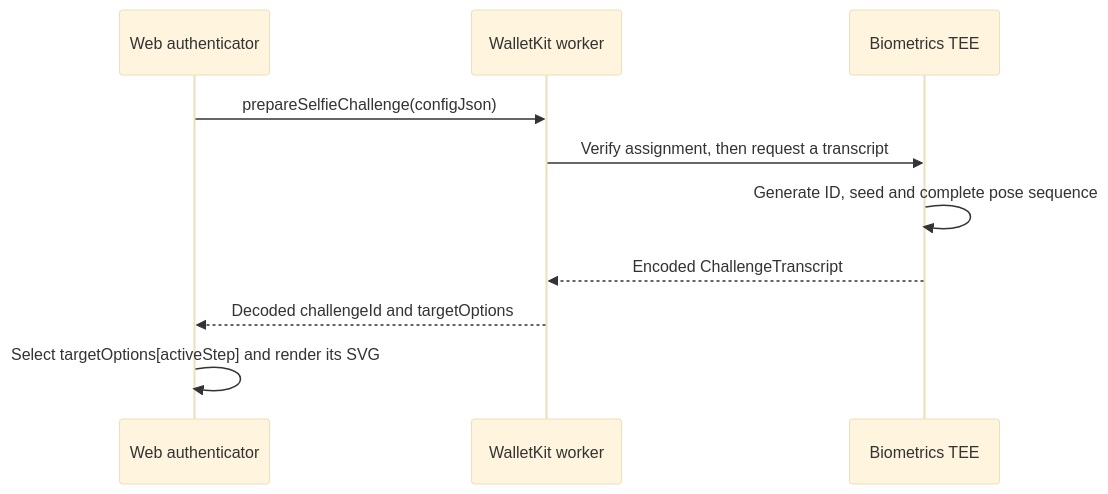
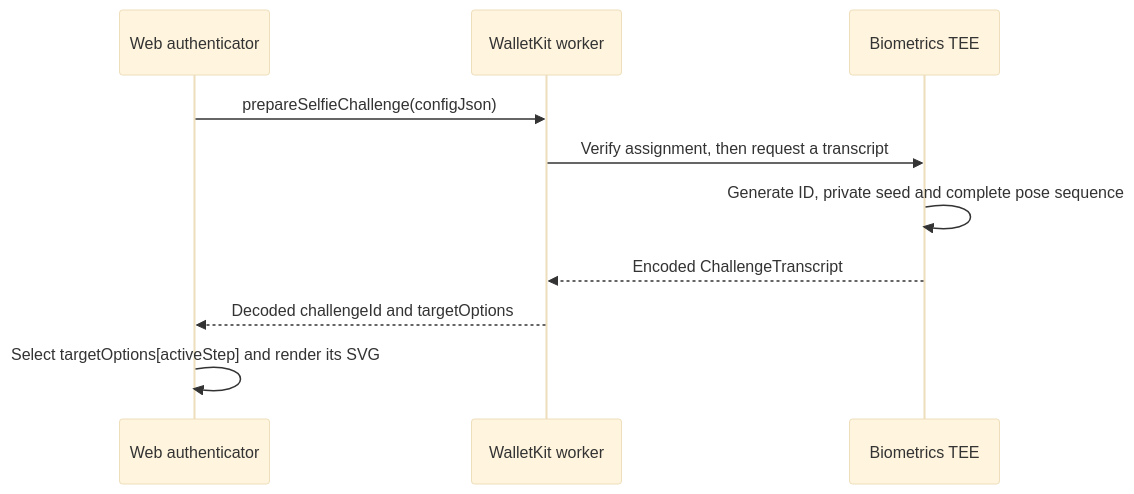
One commit to worldcoin/walletkit changed the second of 2 diagrams in docs/web/architecture.md. Above: the diagram before and after it, drawn with Mermaid (base theme). The commit also changed other lines of this file and 8 other files, not shown here.

````diff
--- a/docs/web/architecture.md
+++ b/docs/web/architecture.md
@@ -182,12 +185,12 @@
 ```mermaid
 sequenceDiagram
   participant App as Web authenticator
   participant WK as WalletKit worker
   participant TEE as Biometrics TEE
   App->>WK: prepareSelfieChallenge(configJson)
   WK->>TEE: Verify assignment, then request a transcript
-  TEE->>TEE: Generate ID, seed and complete pose sequence
+  TEE->>TEE: Generate ID, private seed and complete pose sequence
   TEE-->>WK: Encoded ChallengeTranscript
   WK-->>App: Decoded challengeId and targetOptions
   App->>App: Select targetOptions[activeStep] and render its SVG
 ```
````
